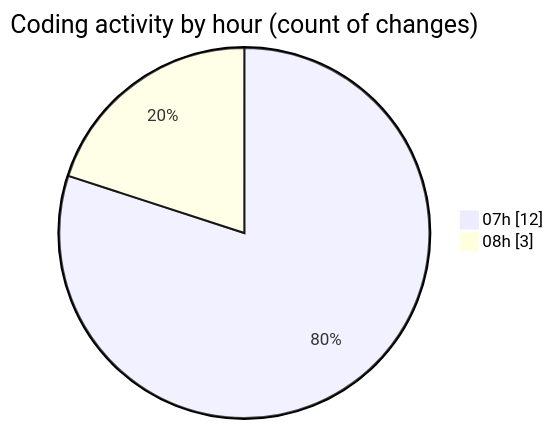
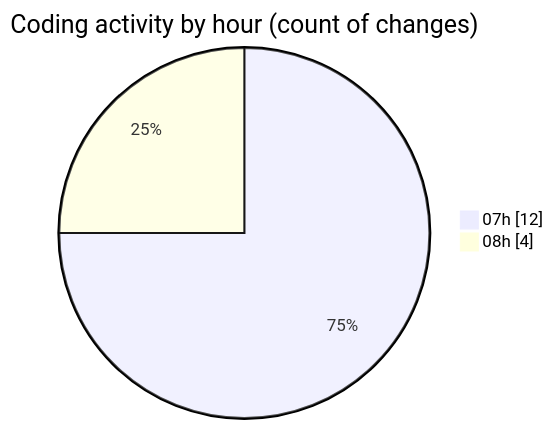
The second of 2 diagrams in 2025-06-19/app__container_registration-app__calm-app__/README.md (seballot/code-tracking), drawn with Mermaid before and after one commit. The commit also changed other lines of this file and 1 other file, not shown here.

````diff
--- a/2025-06-19/app__container_registration-app__calm-app__/README.md
+++ b/2025-06-19/app__container_registration-app__calm-app__/README.md
@@ -33,6 +34,6 @@
 ```mermaid
 pie showData
 title Coding activity by hour (count of changes)
 "07h" : 12
-"08h" : 3
+"08h" : 4
 ```
````
